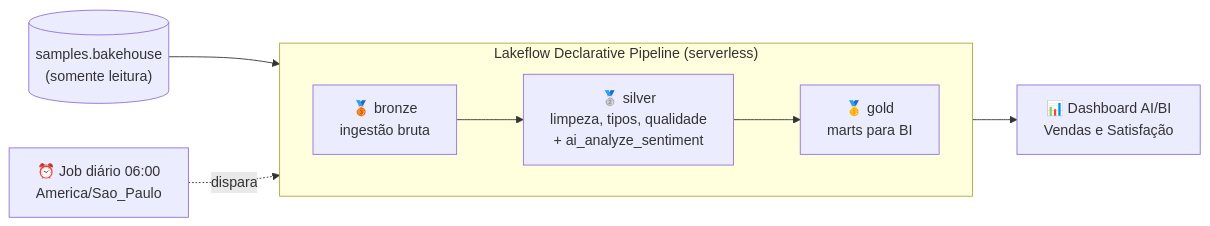
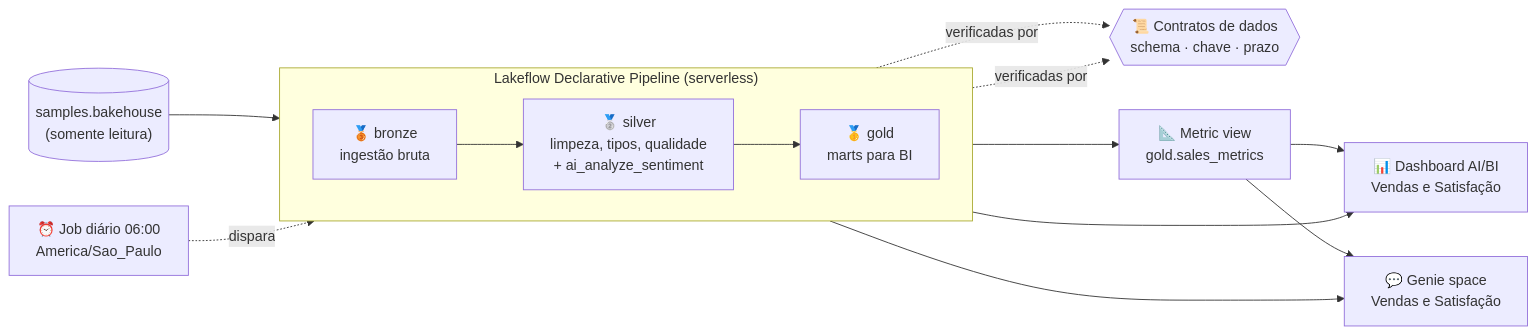
Before and after one commit to altamiropedrosa/databricks_claude_code_bakehouse: the first of 2 diagrams in README.md, drawn with Mermaid. The commit also changed other lines of this file, not shown here.

First line of the commit message:
docs: README com seções de contratos de dados, camada semântica e Genie (#11)

````diff
--- a/README.md
+++ b/README.md
@@ -31,16 +36,22 @@
 ```mermaid
 flowchart LR
     src[("samples.bakehouse<br/>(somente leitura)")]
 
     subgraph pipeline["Lakeflow Declarative Pipeline (serverless)"]
         direction LR
         bronze["🥉 bronze<br/>ingestão bruta"]
         silver["🥈 silver<br/>limpeza, tipos, qualidade<br/>+ ai_analyze_sentiment"]
         gold["🥇 gold<br/>marts para BI"]
         bronze --> silver --> gold
     end
 
     src --> bronze
-    gold --> dash["📊 Dashboard AI/BI<br/>Vendas e Satisfação"]
+    contracts{{"📜 Contratos de dados<br/>schema · chave · prazo"}}
+    silver & gold -. verificadas por .-> contracts
+    silver --> mv["📐 Metric view<br/>gold.sales_metrics"]
+    mv --> dash["📊 Dashboard AI/BI<br/>Vendas e Satisfação"]
+    gold --> dash
+    mv --> genie["💬 Genie space<br/>Vendas e Satisfação"]
+    gold --> genie
     job["⏰ Job diário 06:00<br/>America/Sao_Paulo"] -. dispara .-> pipeline
 ```
````
